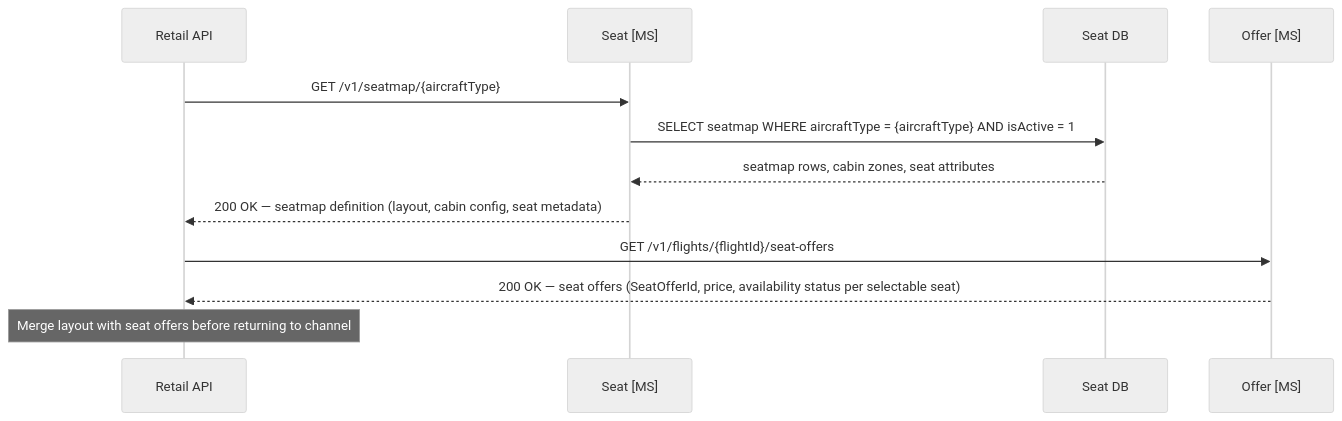
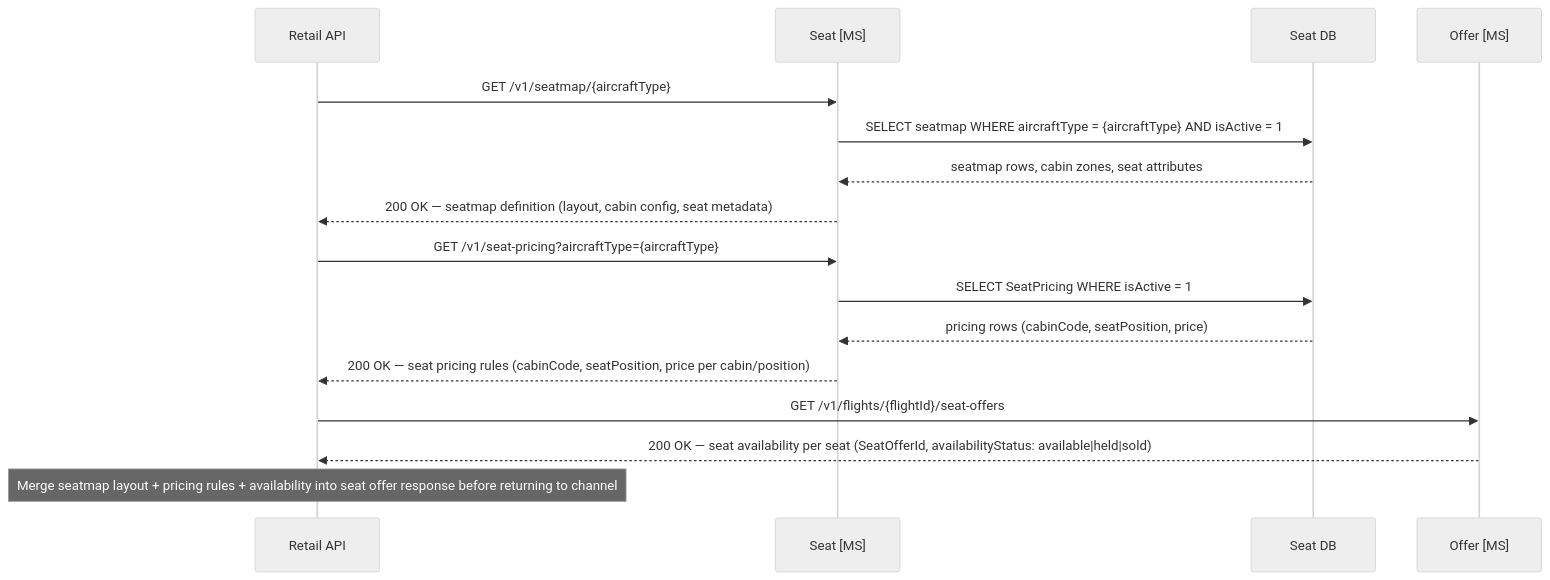
One commit to sebharvey/airline-reservation-system changed diagram 14 of 27 in architecture/design.md. Above: the diagram before and after it, drawn with Mermaid (neutral theme). The commit also changed other lines of this file and 2 other files, not shown here.

````diff
--- a/architecture/design.md
+++ b/architecture/design.md
@@ -1773,17 +1779,22 @@
 ```mermaid
 sequenceDiagram
     participant RetailAPI as Retail API
     participant SeatMS as Seat [MS]
     participant SeatDB as Seat DB
     participant OfferMS as Offer [MS]
 
     RetailAPI->>SeatMS: GET /v1/seatmap/{aircraftType}
     SeatMS->>SeatDB: SELECT seatmap WHERE aircraftType = {aircraftType} AND isActive = 1
     SeatDB-->>SeatMS: seatmap rows, cabin zones, seat attributes
     SeatMS-->>RetailAPI: 200 OK — seatmap definition (layout, cabin config, seat metadata)
 
+    RetailAPI->>SeatMS: GET /v1/seat-pricing?aircraftType={aircraftType}
+    SeatMS->>SeatDB: SELECT SeatPricing WHERE isActive = 1
+    SeatDB-->>SeatMS: pricing rows (cabinCode, seatPosition, price)
+    SeatMS-->>RetailAPI: 200 OK — seat pricing rules (cabinCode, seatPosition, price per cabin/position)
+
     RetailAPI->>OfferMS: GET /v1/flights/{flightId}/seat-offers
-    OfferMS-->>RetailAPI: 200 OK — seat offers (SeatOfferId, price, availability status per selectable seat)
+    OfferMS-->>RetailAPI: 200 OK — seat availability per seat (SeatOfferId, availabilityStatus: available|held|sold)
 
-    Note over RetailAPI: Merge layout with seat offers before returning to channel
+    Note over RetailAPI: Merge seatmap layout + pricing rules + availability into seat offer response before returning to channel
 ```
````
